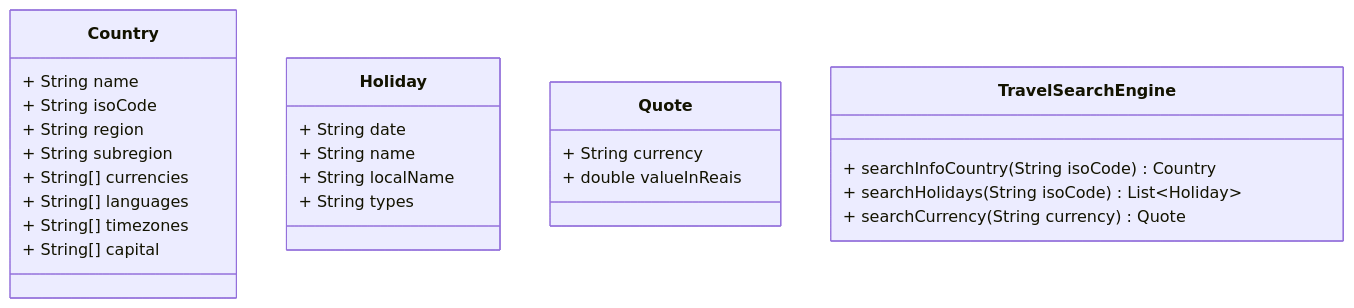
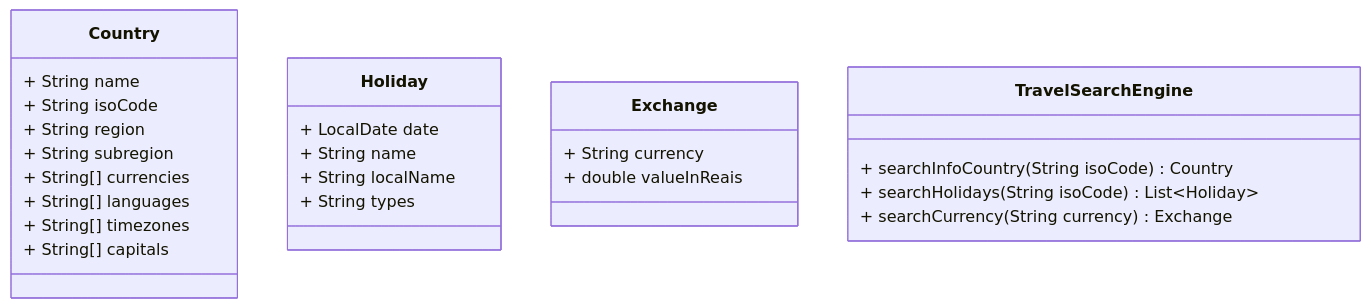
The diagram in docs/arquitetura.md (caiovilquer/viazio), drawn with Mermaid before and after one commit.

Commit message:
docs(uml): fix minor inconsistencies in class diagram

````diff
--- a/docs/arquitetura.md
+++ b/docs/arquitetura.md
@@ -5,32 +5,32 @@
 ```mermaid
 
 classDiagram
     class Country{
         + String name
         + String isoCode
         + String region
         + String subregion
         + String[] currencies
         + String[] languages
         + String[] timezones
-        + String[] capital
+        + String[] capitals
     }
 
     class Holiday{
-        + String date
+        + LocalDate date
         + String name
         + String localName
         + String types
     }
 
-    class Quote{
+    class Exchange{
         + String currency
         + double valueInReais
     }
 
     class TravelSearchEngine{
         + searchInfoCountry(String isoCode) Country
         + searchHolidays(String isoCode) List~Holiday~
-        + searchCurrency(String currency) Quote
+        + searchCurrency(String currency) Exchange
     }
 ```
````
